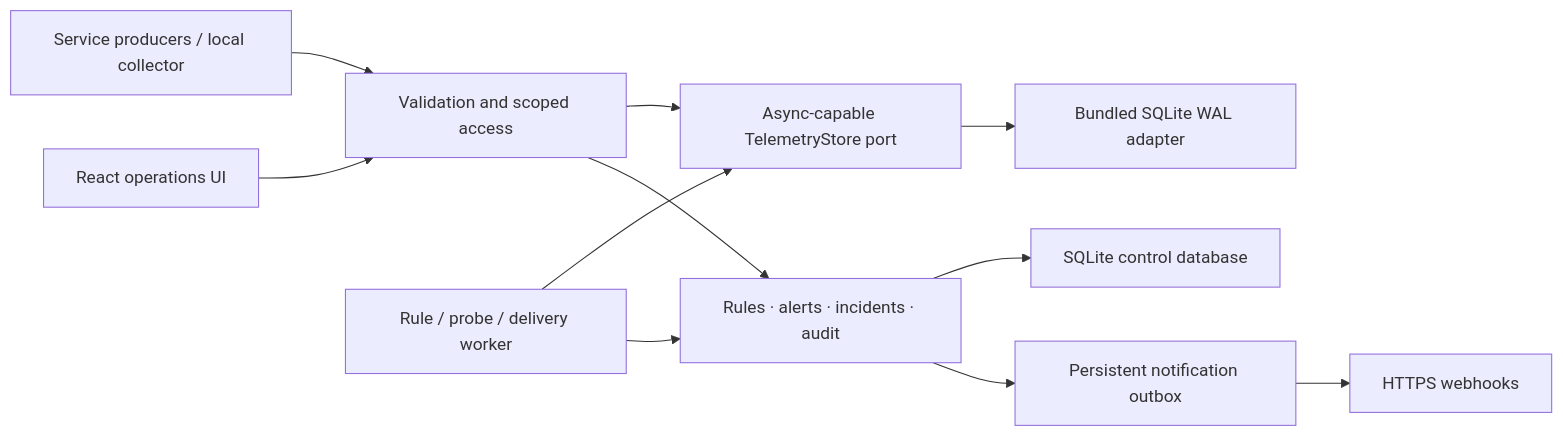
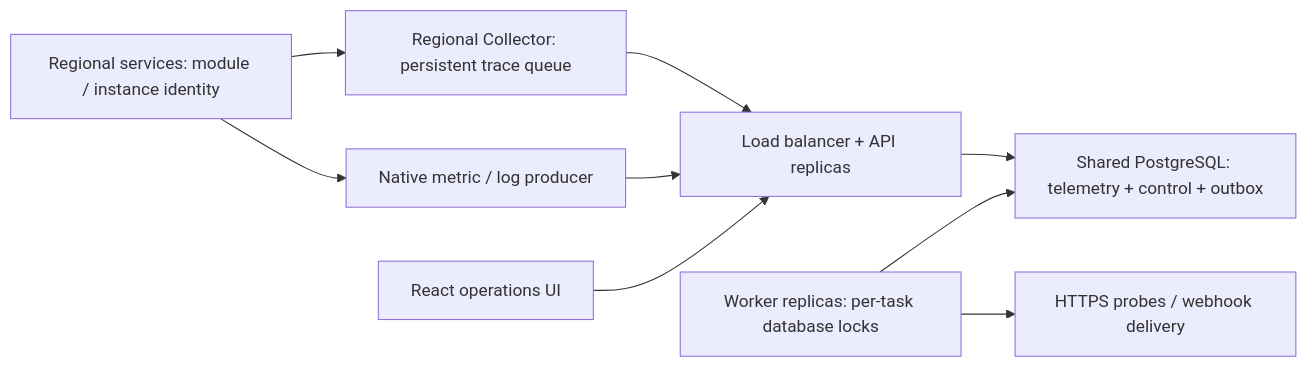
Before and after one commit to benny1020/signaldesk: the diagram in README.md, drawn with Mermaid. The commit also changed other lines of this file and 54 other files, not shown here.

Commit message:
feat: add multi-region resource monitoring and shared PostgreSQL execution

````diff
--- a/README.md
+++ b/README.md
@@ -122,13 +144,11 @@
 ```mermaid
 flowchart LR
-  Producers[Service producers / local collector] --> API[Validation and scoped access]
-  Web[React operations UI] --> API
-  API --> Port[Async-capable TelemetryStore port]
-  Port --> SQLite[Bundled SQLite WAL adapter]
-  Worker[Rule / probe / delivery worker] --> Port
-  Worker --> Control[Rules · alerts · incidents · audit]
-  API --> Control
-  Control --> DB[SQLite control database]
-  Control --> Outbox[Persistent notification outbox]
-  Outbox --> Destinations[HTTPS webhooks]
+  Regions[Regional services: module / instance identity] --> Collector[Regional Collector: persistent trace queue]
+  Regions --> Native[Native metric / log producer]
+  Collector --> APIs[Load balancer + API replicas]
+  Native --> APIs
+  Web[React operations UI] --> APIs
+  APIs --> PG[Shared PostgreSQL: telemetry + control + outbox]
+  Workers[Worker replicas: per-task database locks] --> PG
+  Workers --> HTTPS[HTTPS probes / webhook delivery]
 ```
````
